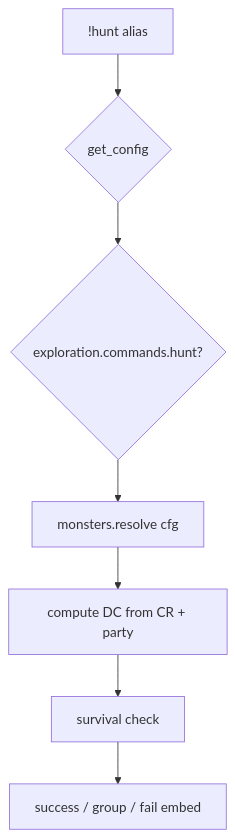
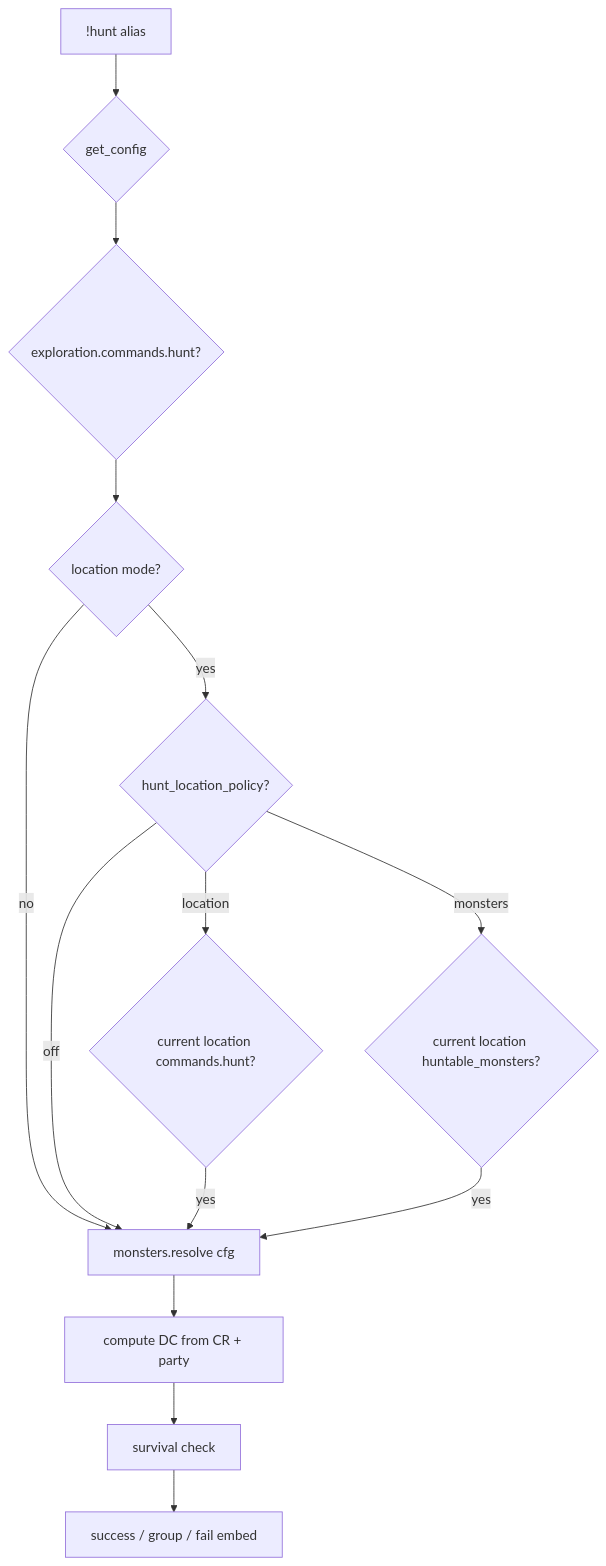
Before and after one commit to Sykander/westmarch-generic: the diagram in docs/internal/projects/westmarch-statement/aliases/exploration/hunt.md, drawn with Mermaid. The commit also changed other lines of this file and 48 other files, not shown here.

````diff
--- a/docs/internal/projects/westmarch-statement/aliases/exploration/hunt.md
+++ b/docs/internal/projects/westmarch-statement/aliases/exploration/hunt.md
@@ -32,9 +33,16 @@
 ```mermaid
 flowchart TD
   A[!hunt alias] --> B{get_config}
   B --> C{exploration.commands.hunt?}
-  C --> D[monsters.resolve cfg]
-  D --> E[compute DC from CR + party]
-  E --> F[survival check]
-  F --> G[success / group / fail embed]
+  C --> D{location mode?}
+  D -->|yes| E{hunt_location_policy?}
+  D -->|no| F[monsters.resolve cfg]
+  E -->|off| F
+  E -->|location| J{current location commands.hunt?}
+  E -->|monsters| K{current location huntable_monsters?}
+  J -->|yes| F
+  K -->|yes| F
+  F --> G[compute DC from CR + party]
+  G --> H[survival check]
+  H --> I[success / group / fail embed]
 ```
````
